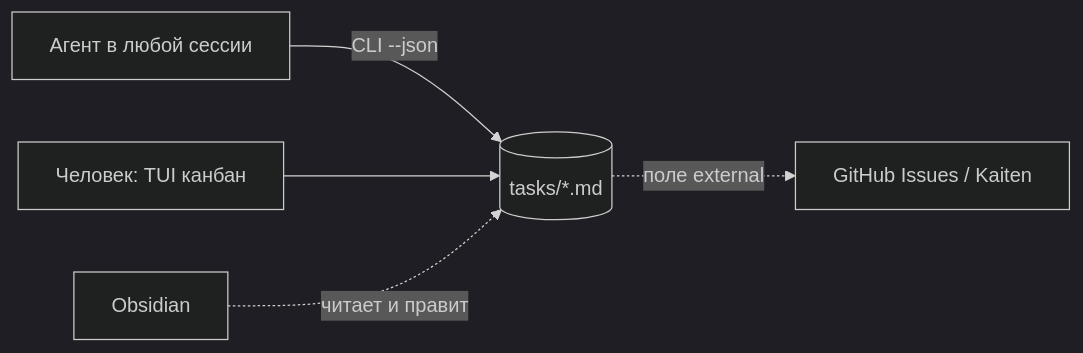
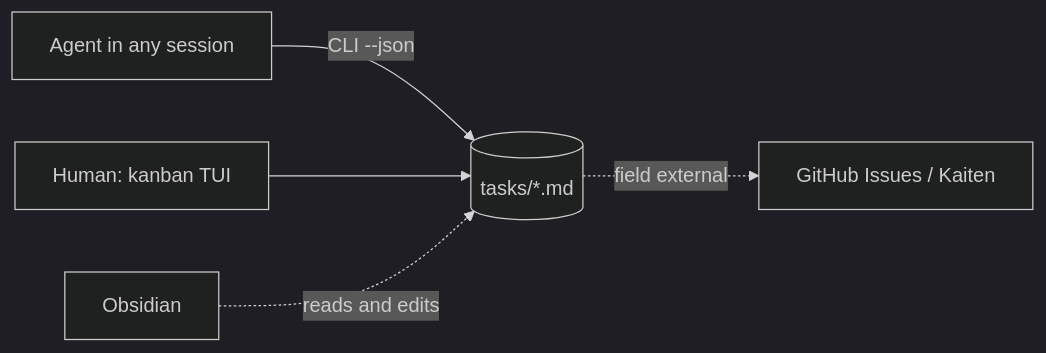
Before and after one commit to daniil4545/tix: the diagram in docs/research/landscape.md, drawn with Mermaid (dark theme). The commit also changed other lines of this file and 12 other files, not shown here.

First line of the commit message:
docs: translate spec, decisions, architecture and project docs to English

````diff
--- a/docs/research/landscape.md
+++ b/docs/research/landscape.md
@@ -21,7 +21,7 @@
 ```mermaid
 flowchart LR
-  A[Агент в любой сессии] -->|CLI --json| F[(tasks/*.md)]
-  H[Человек: TUI канбан] --> F
-  O[Obsidian] -.читает и правит.-> F
-  F -.поле external.-> X[GitHub Issues / Kaiten]
+  A[Agent in any session] -->|CLI --json| F[(tasks/*.md)]
+  H[Human: kanban TUI] --> F
+  O[Obsidian] -.reads and edits.-> F
+  F -.field external.-> X[GitHub Issues / Kaiten]
 ```
````
